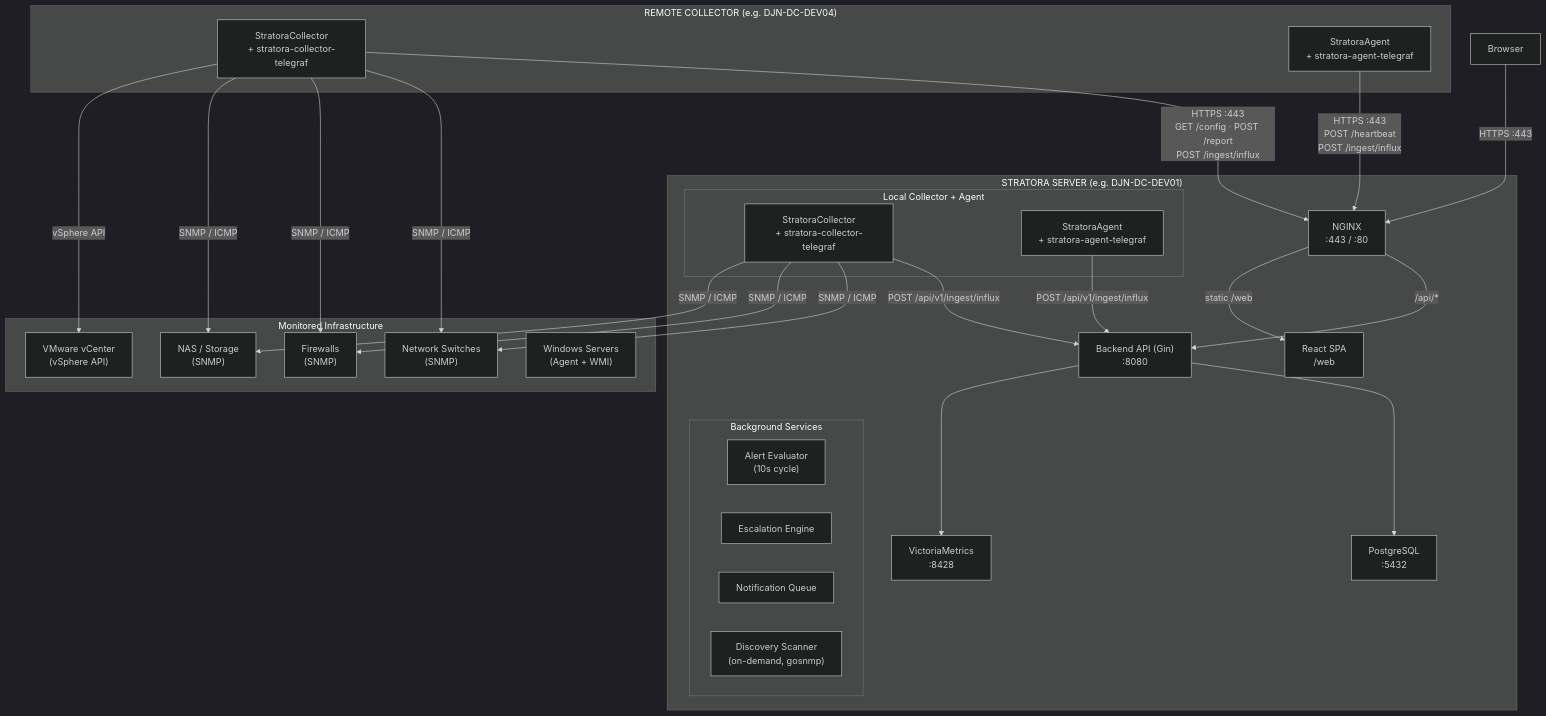
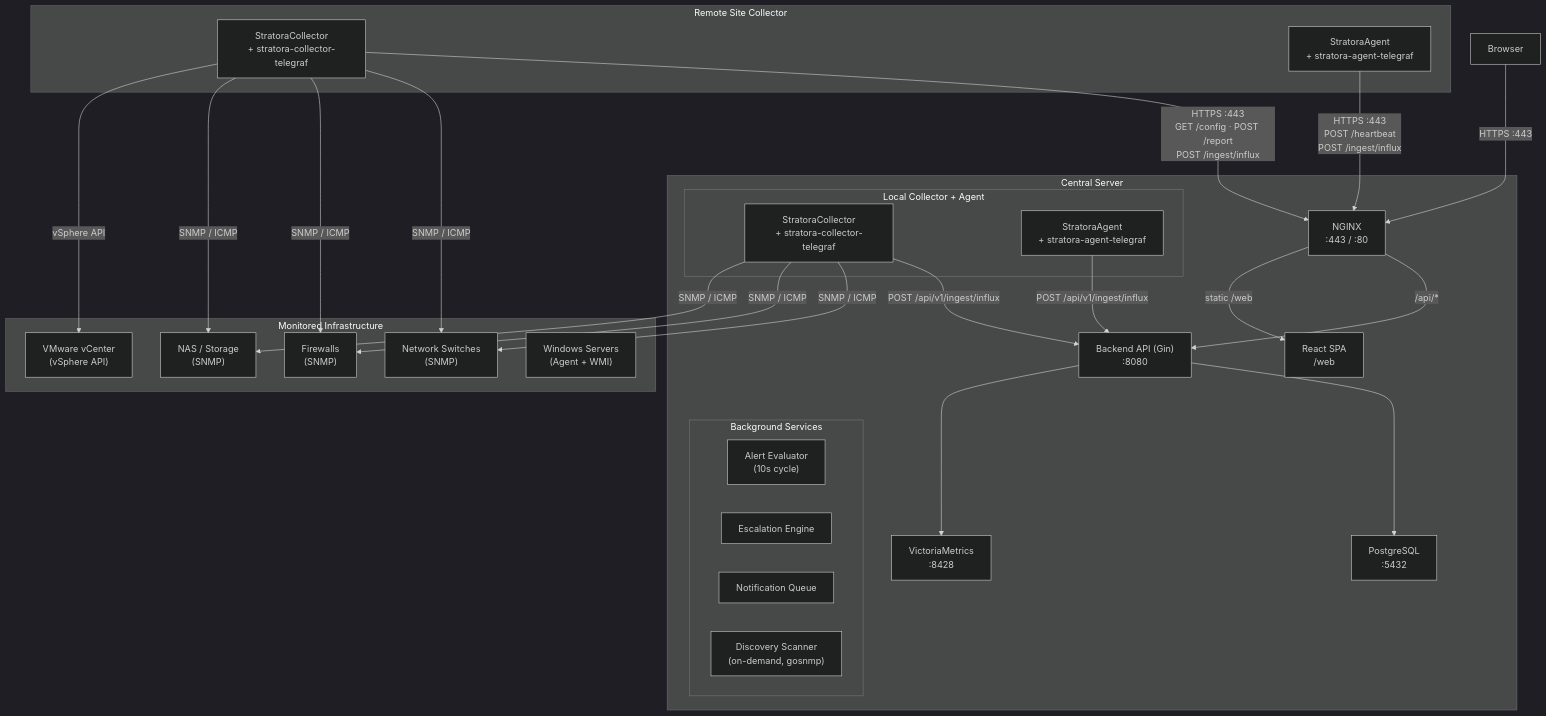
The first of 4 diagrams in docs/architecture.md (Stratora-Platforms/stratora-docs), drawn with Mermaid (dark theme) before and after one commit. The commit also changed other lines of this file and 19 other files, not shown here.

````diff
--- a/docs/architecture.md
+++ b/docs/architecture.md
@@ -11,57 +17,57 @@
 ```mermaid
 graph TB
     Browser["Browser"]
 
-    subgraph Server["STRATORA SERVER (e.g. DJN-DC-DEV01)"]
+    subgraph Server["Central Server"]
         NGINX["NGINX\n:443 / :80"]
         Backend["Backend API (Gin)\n:8080"]
         PG["PostgreSQL\n:5432"]
         VM["VictoriaMetrics\n:8428"]
         Frontend["React SPA\n/web"]
 
         subgraph BgServices["Background Services"]
             AE["Alert Evaluator\n(10s cycle)"]
             EE["Escalation Engine"]
             NQ["Notification Queue"]
             DS["Discovery Scanner\n(on-demand, gosnmp)"]
         end
 
         subgraph LocalSvcs["Local Collector + Agent"]
             LC["StratoraCollector\n+ stratora-collector-telegraf"]
             LA["StratoraAgent\n+ stratora-agent-telegraf"]
         end
     end
 
-    subgraph Remote["REMOTE COLLECTOR (e.g. DJN-DC-DEV04)"]
+    subgraph Remote["Remote Site Collector"]
         RC["StratoraCollector\n+ stratora-collector-telegraf"]
         RA["StratoraAgent\n+ stratora-agent-telegraf"]
     end
 
     subgraph Devices["Monitored Infrastructure"]
         SW["Network Switches\n(SNMP)"]
         FW["Firewalls\n(SNMP)"]
         NAS["NAS / Storage\n(SNMP)"]
         VMW["VMware vCenter\n(vSphere API)"]
         WS["Windows Servers\n(Agent + WMI)"]
     end
 
     Browser -->|"HTTPS :443"| NGINX
     NGINX -->|"/api/*"| Backend
     NGINX -->|"static /web"| Frontend
     Backend --> PG
     Backend --> VM
 
     LC -->|"POST /api/v1/ingest/influx"| Backend
     LA -->|"POST /api/v1/ingest/influx"| Backend
 
     RC -->|"HTTPS :443\nGET /config · POST /report\nPOST /ingest/influx"| NGINX
     RA -->|"HTTPS :443\nPOST /heartbeat\nPOST /ingest/influx"| NGINX
 
     RC -->|"SNMP / ICMP"| SW
     RC -->|"SNMP / ICMP"| FW
     RC -->|"SNMP / ICMP"| NAS
     RC -->|"vSphere API"| VMW
     LC -->|"SNMP / ICMP"| SW
     LC -->|"SNMP / ICMP"| FW
     LC -->|"SNMP / ICMP"| NAS
 ```
````
